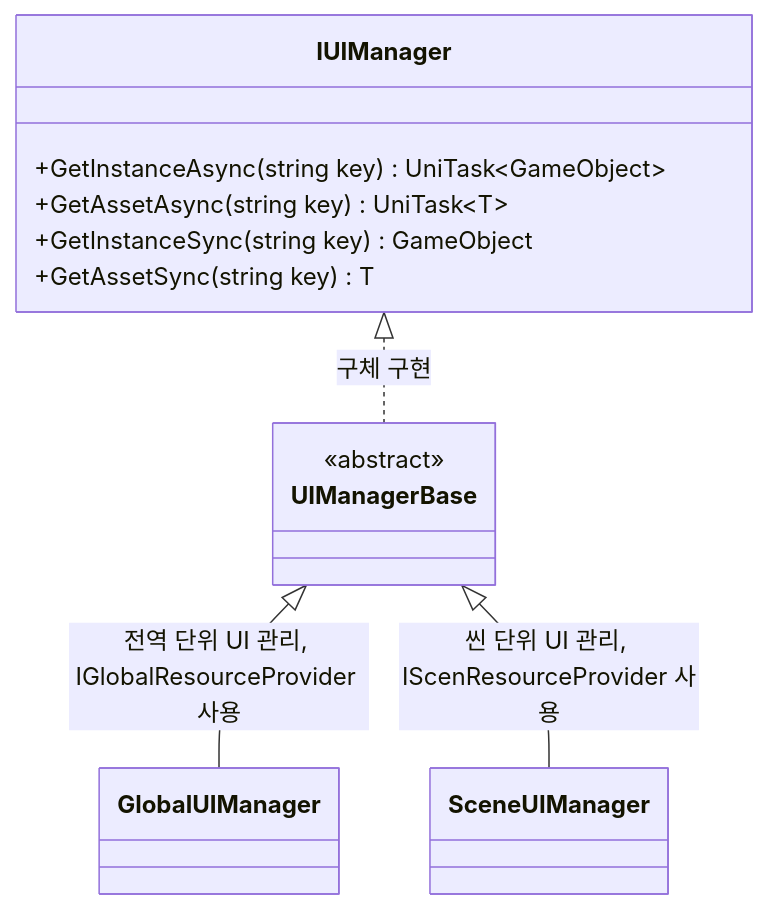
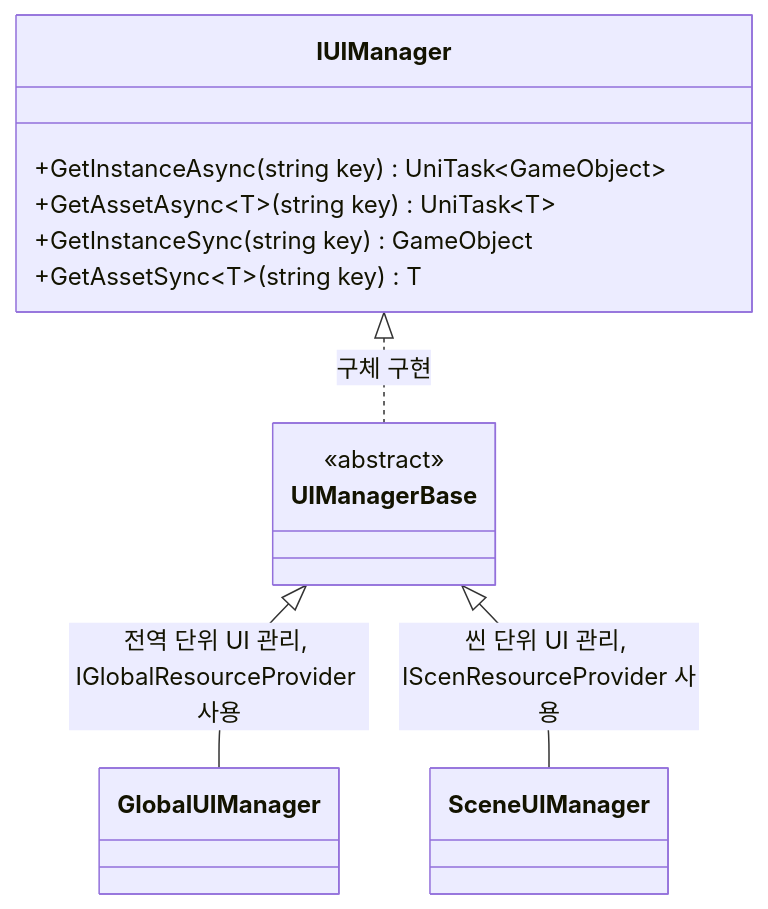
One commit to JIN5EOK/DungeonShooter changed the second of 2 diagrams in README/UI_설계.md. Above: the diagram before and after it, drawn with Mermaid. The commit also changed other lines of this file, not shown here.

````diff
--- a/README/UI_설계.md
+++ b/README/UI_설계.md
@@ -51,27 +51,27 @@
 ```mermaid
 classDiagram
     class IUIManager{
         +GetInstanceAsync(string key) UniTask~GameObject~
-        +GetAssetAsync<T>(string key) UniTask~T~
+        +GetAssetAsync~T~(string key) UniTask~T~
         +GetInstanceSync(string key) GameObject
-        +GetAssetSync<T>(string key) T
+        +GetAssetSync~T~(string key) T
     }
 
     class GlobalUIManager{
 
     }
 
     class SceneUIManager{
 
     }
 
     class UIManagerBase{
         <<abstract>>
     }
 
 
     IUIManager <|.. UIManagerBase : 구체 구현
     UIManagerBase <|-- GlobalUIManager : 전역 단위 UI 관리, IGlobalResourceProvider 사용
     UIManagerBase <|-- SceneUIManager : 씬 단위 UI 관리, IScenResourceProvider 사용
 
 ```
````
